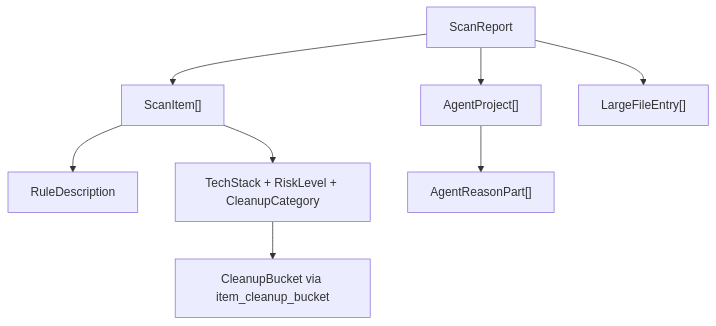
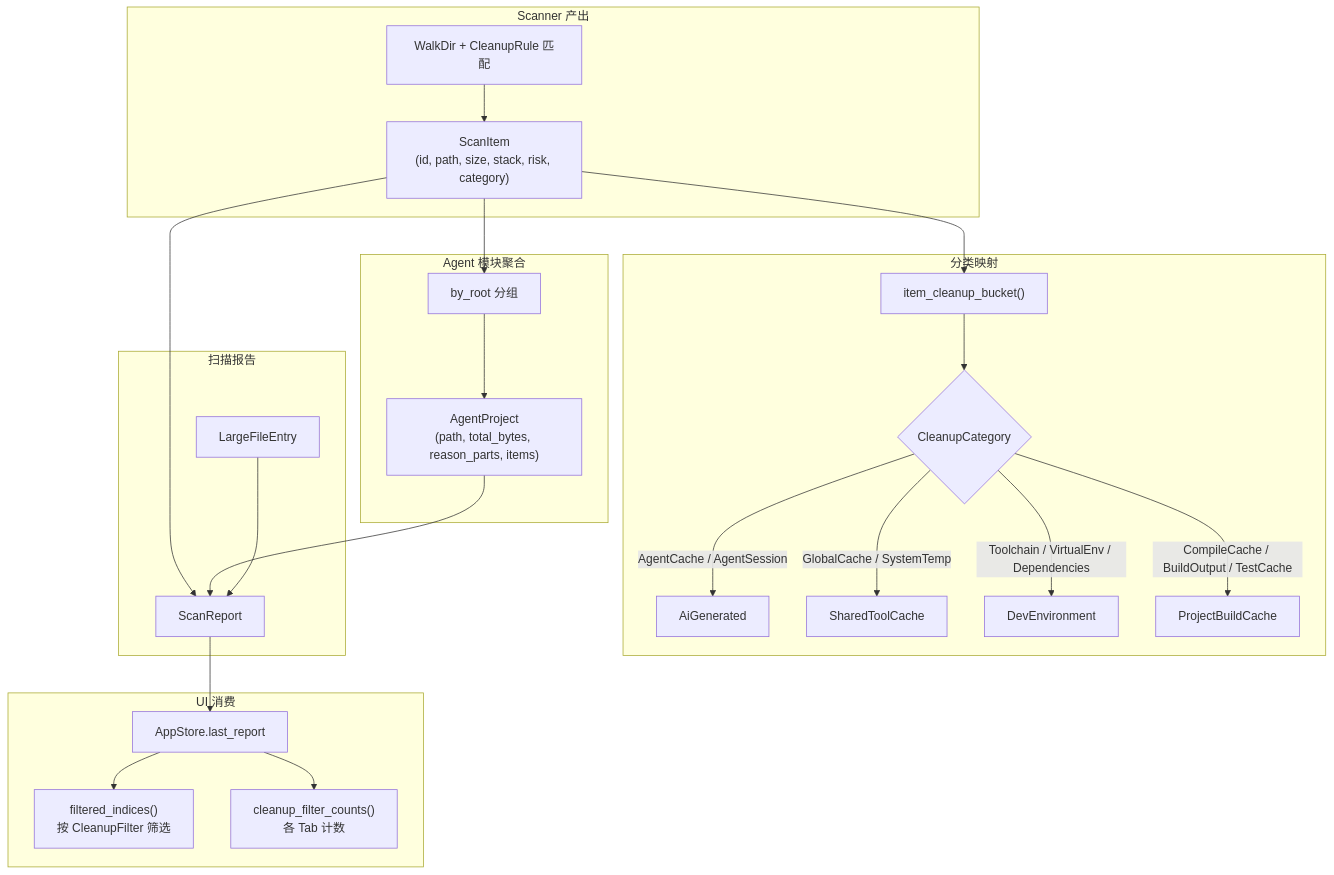
Before and after one commit to sopaco/CLV3000-Plus: the diagram in .terrain/human/4.Deep-Exploration/models.md, drawn with Mermaid. The commit also changed other lines of this file and 25 other files, not shown here.

````diff
--- a/.terrain/human/4.Deep-Exploration/models.md
+++ b/.terrain/human/4.Deep-Exploration/models.md
@@ -42,10 +40,32 @@
 ```mermaid
 flowchart TD
-    A["ScanReport"] --> B["ScanItem[]"]
-    A --> C["AgentProject[]"]
-    A --> D["LargeFileEntry[]"]
-    B --> E["RuleDescription"]
-    B --> F["TechStack + RiskLevel + CleanupCategory"]
-    C --> G["AgentReasonPart[]"]
-    F --> H["CleanupBucket via item_cleanup_bucket"]
+    subgraph "Scanner 产出"
+        A["WalkDir + CleanupRule 匹配"] --> B["ScanItem<br/>(id, path, size, stack, risk, category)"]
+    end
+
+    subgraph "Agent 模块聚合"
+        B --> C["by_root 分组"]
+        C --> D["AgentProject<br/>(path, total_bytes, reason_parts, items)"]
+    end
+
+    subgraph "分类映射"
+        B --> E["item_cleanup_bucket()"]
+        E --> F{"CleanupCategory"}
+        F -->|AgentCache / AgentSession| G["AiGenerated"]
+        F -->|GlobalCache / SystemTemp| H["SharedToolCache"]
+        F -->|Toolchain / VirtualEnv / Dependencies| I["DevEnvironment"]
+        F -->|CompileCache / BuildOutput / TestCache| J["ProjectBuildCache"]
+    end
+
+    subgraph "扫描报告"
+        B --> K["ScanReport"]
+        D --> K
+        L["LargeFileEntry"] --> K
+    end
+
+    subgraph "UI 消费"
+        K --> M["AppStore.last_report"]
+        M --> N["filtered_indices()<br/>按 CleanupFilter 筛选"]
+        M --> O["cleanup_filter_counts()<br/>各 Tab 计数"]
+    end
 ```
````
